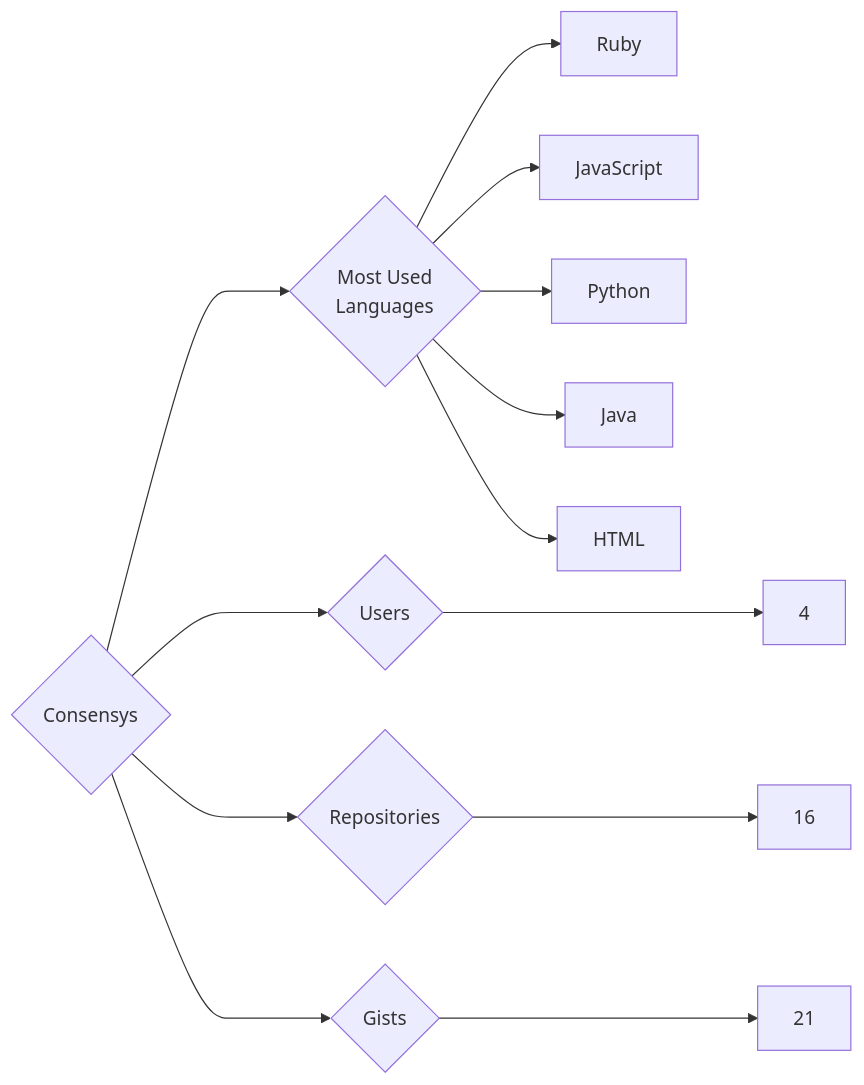
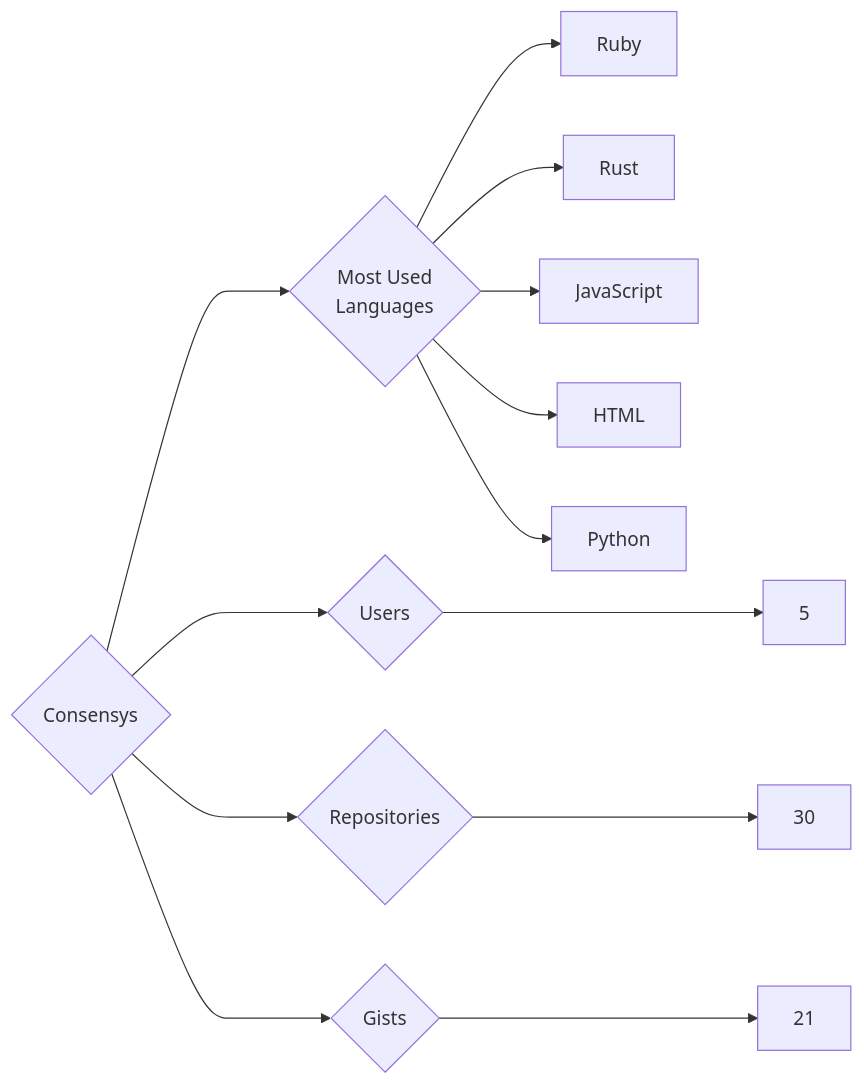
The diagram in targets/Consensys/README.md (trickest/insiders), drawn with Mermaid before and after one commit. The commit also changed 912 other files, not shown here.

````diff
--- a/targets/Consensys/README.md
+++ b/targets/Consensys/README.md
@@ -3,13 +3,13 @@
 ```mermaid
 graph LR
 COMPANY_NAME{Consensys}
-COMPANY_NAME ---> U{Users} ---> UN[4]
-COMPANY_NAME ---> R{Repositories} ---> RN[16]
+COMPANY_NAME ---> U{Users} ---> UN[5]
+COMPANY_NAME ---> R{Repositories} ---> RN[30]
 COMPANY_NAME ---> G{Gists} ---> GN[21]
 COMPANY_NAME ---> ML{Most Used<br>Languages}
 ML --> Ruby[Ruby]
+ML --> Rust[Rust]
 ML --> JavaScript[JavaScript]
+ML --> HTML[HTML]
 ML --> Python[Python]
-ML --> Java[Java]
-ML --> HTML[HTML]
 ```
````
